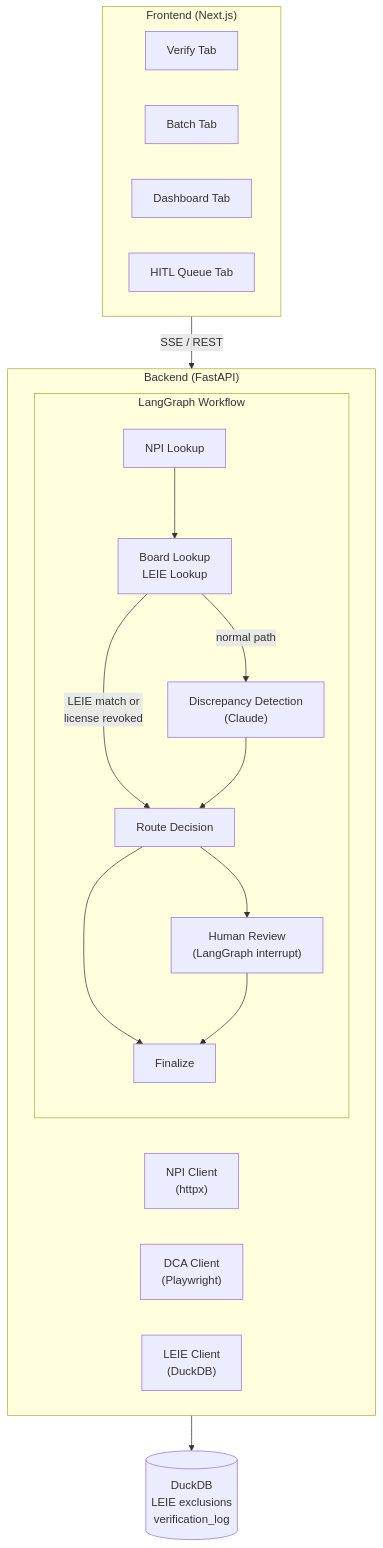
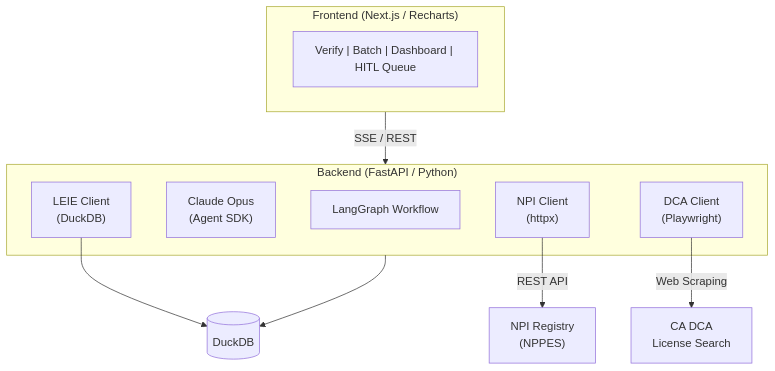
One commit to karankrishnani/credentialmd-poc changed the first of 2 diagrams in README.md. Above: the diagram before and after it, drawn with Mermaid.

Commit message:
Simplify architecture diagram to high-level component overview
The detailed workflow is already covered by the Verification Pipeline
diagram. This diagram now focuses on components, tech stack, and
external dependencies.

````diff
--- a/README.md
+++ b/README.md
@@ -51,29 +51,22 @@
 ```mermaid
 graph TD
-    subgraph Frontend ["Frontend (Next.js)"]
-        Verify["Verify Tab"]
-        Batch["Batch Tab"]
-        Dashboard["Dashboard Tab"]
-        HITL["HITL Queue Tab"]
+    subgraph Frontend ["Frontend (Next.js / Recharts)"]
+        Tabs["Verify | Batch | Dashboard | HITL Queue"]
     end
 
     Frontend -->|"SSE / REST"| Backend
 
-    subgraph Backend ["Backend (FastAPI)"]
-        subgraph Workflow ["LangGraph Workflow"]
-            NPI["NPI Lookup"] --> ParallelLookups["Board Lookup<br/>LEIE Lookup"]
-            ParallelLookups -->|"LEIE match or<br/>license revoked"| RouteDecision
-            ParallelLookups -->|"normal path"| Discrepancy["Discrepancy Detection<br/>(Claude)"]
-            Discrepancy --> RouteDecision["Route Decision"]
-            RouteDecision --> HumanReview["Human Review<br/>(LangGraph interrupt)"]
-            RouteDecision --> Finalize["Finalize"]
-            HumanReview --> Finalize
-        end
-
+    subgraph Backend ["Backend (FastAPI / Python)"]
+        Workflow["LangGraph Workflow"]
+        LLM["Claude Opus<br/>(Agent SDK)"]
         NPIClient["NPI Client<br/>(httpx)"]
         DCAClient["DCA Client<br/>(Playwright)"]
         LEIEClient["LEIE Client<br/>(DuckDB)"]
     end
 
-    Backend --> DB[("DuckDB<br/>LEIE exclusions<br/>verification_log")]
+    NPIClient -->|"REST API"| NPI["NPI Registry<br/>(NPPES)"]
+    DCAClient -->|"Web Scraping"| DCA["CA DCA<br/>License Search"]
+    LEIEClient --> DB[("DuckDB")]
+
+    Backend --> DB
 ```
````
